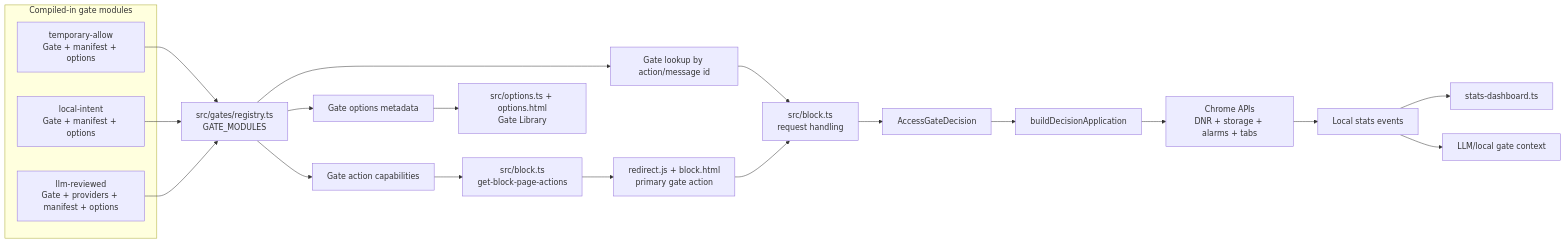
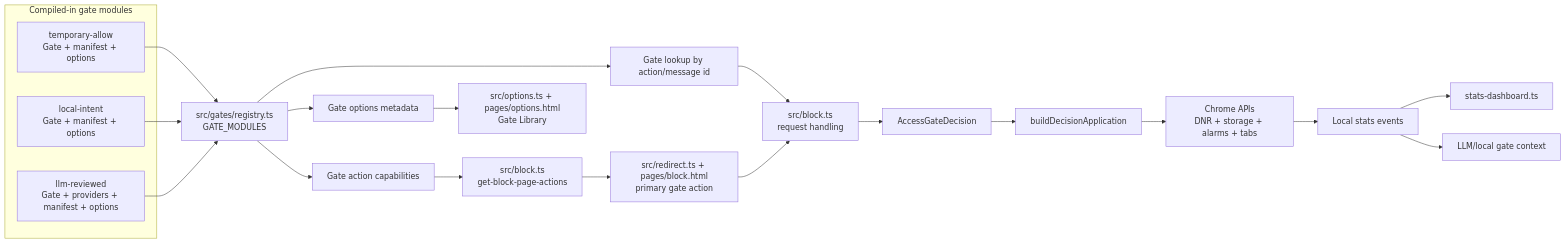
Before and after one commit to bradlangel/nodrift: the diagram in ARCHITECTURE.md, drawn with Mermaid. The commit also changed other lines of this file and 14 other files, not shown here.

````diff
--- a/ARCHITECTURE.md
+++ b/ARCHITECTURE.md
@@ -18,29 +18,29 @@
 ```mermaid
 flowchart LR
   subgraph Gates["Compiled-in gate modules"]
     Temporary["temporary-allow\nGate + manifest + options"]
     Local["local-intent\nGate + manifest + options"]
     Llm["llm-reviewed\nGate + providers + manifest + options"]
   end
 
   Temporary --> Registry["src/gates/registry.ts\nGATE_MODULES"]
   Local --> Registry
   Llm --> Registry
 
   Registry --> Capabilities["Gate action capabilities"]
   Registry --> OptionsMeta["Gate options metadata"]
   Registry --> GateLookup["Gate lookup by action/message id"]
 
   Capabilities --> ActionModel["src/block.ts\nget-block-page-actions"]
-  ActionModel --> BlockPage["redirect.js + block.html\nprimary gate action"]
-  OptionsMeta --> OptionsPage["src/options.ts + options.html\nGate Library"]
+  ActionModel --> BlockPage["src/redirect.ts + pages/block.html\nprimary gate action"]
+  OptionsMeta --> OptionsPage["src/options.ts + pages/options.html\nGate Library"]
 
   GateLookup --> Requests["src/block.ts\nrequest handling"]
   BlockPage --> Requests
   Requests --> Decision["AccessGateDecision"]
   Decision --> Apply["buildDecisionApplication"]
   Apply --> Chrome["Chrome APIs\nDNR + storage + alarms + tabs"]
   Chrome --> Stats["Local stats events"]
   Stats --> Dashboard["stats-dashboard.ts"]
   Stats --> GateContext["LLM/local gate context"]
 ```
````
